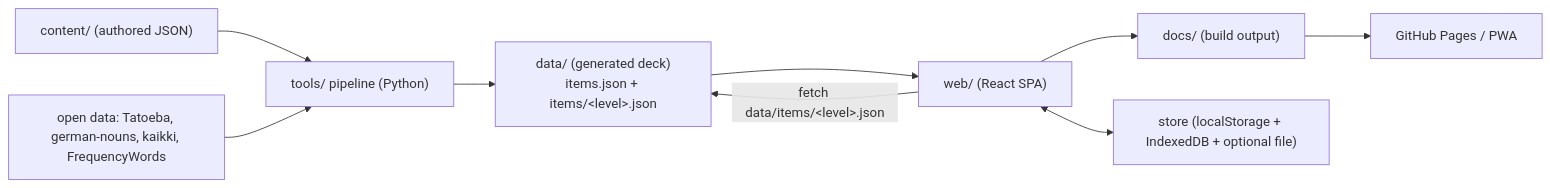
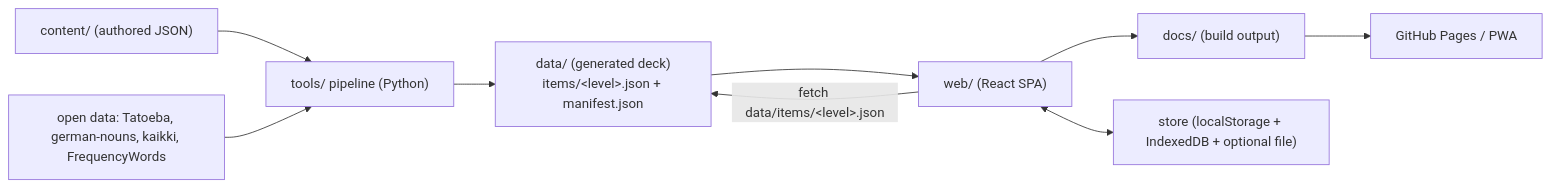
One commit to IvayloKiryazov/stufe changed the diagram in documentation/architecture.md. Above: the diagram before and after it, drawn with Mermaid. The commit also changed other lines of this file and 9 other files, not shown here.

````diff
--- a/documentation/architecture.md
+++ b/documentation/architecture.md
@@ -21,11 +21,11 @@
 ```mermaid
 flowchart LR
   content["content/ (authored JSON)"] --> tools["tools/ pipeline (Python)"]
   sources["open data: Tatoeba, german-nouns, kaikki, FrequencyWords"] --> tools
-  tools --> data["data/ (generated deck)<br/>items.json + items/&lt;level&gt;.json"]
+  tools --> data["data/ (generated deck)<br/>items/&lt;level&gt;.json + manifest.json"]
   data --> app["web/ (React SPA)"]
   app --> docs["docs/ (build output)"]
   docs --> pages["GitHub Pages / PWA"]
   app -- "fetch data/items/&lt;level&gt;.json" --> data
   app <--> store["store (localStorage + IndexedDB + optional file)"]
 ```
````
